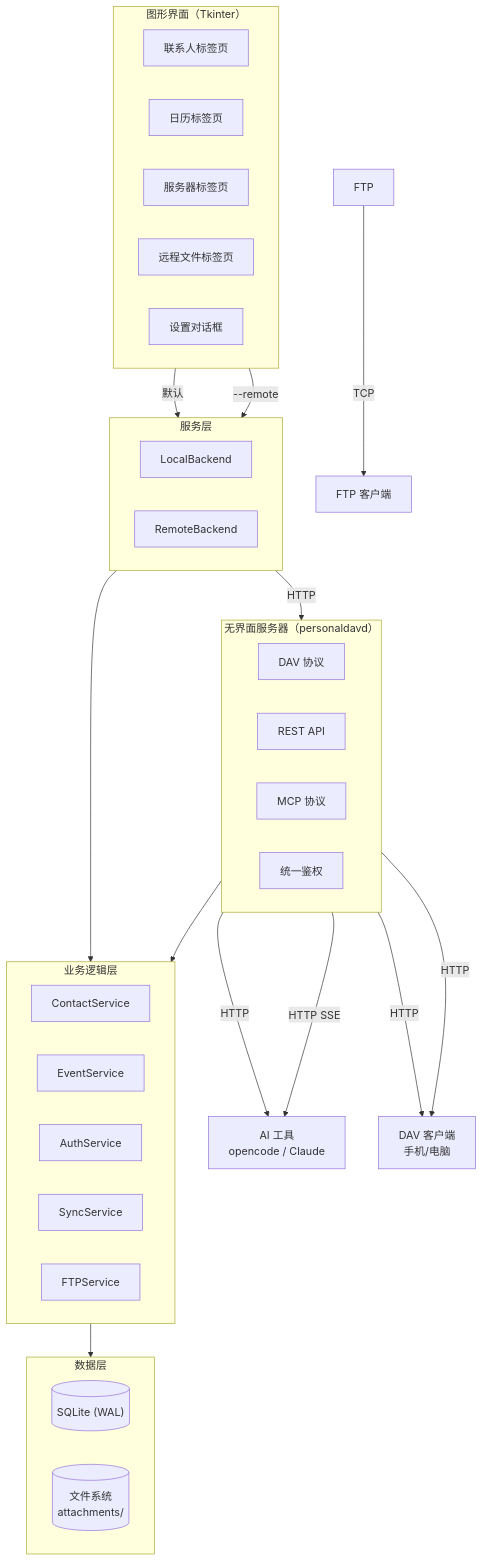
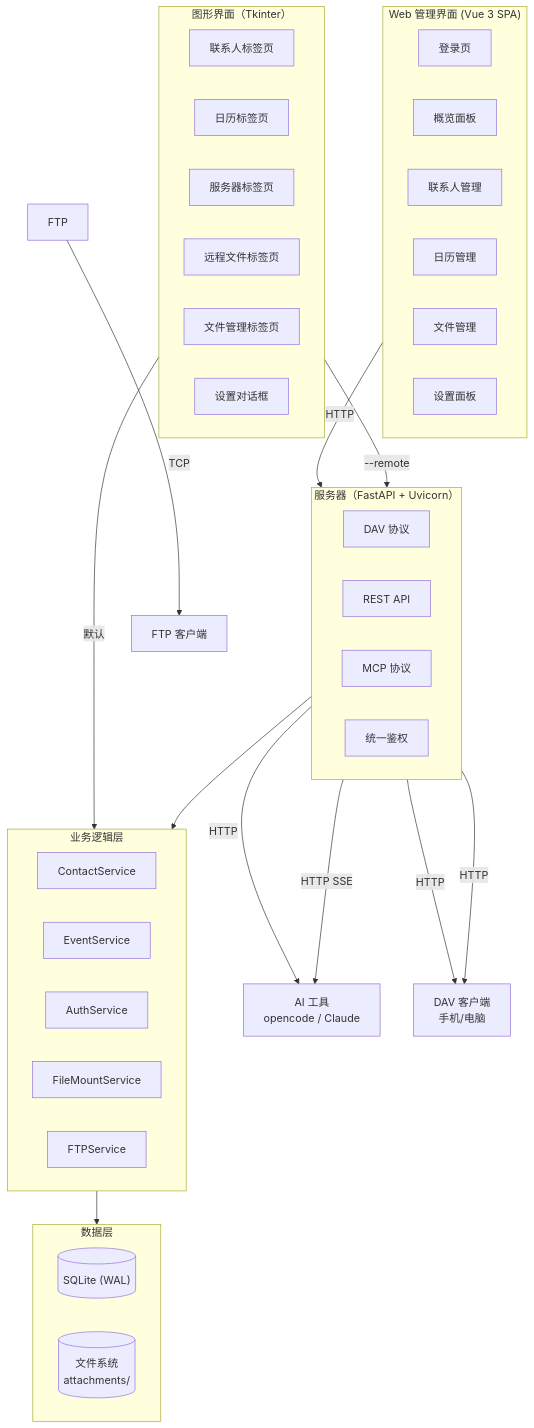
One commit to hunyanjie/PersonalDAV changed the diagram in README.md. Above: the diagram before and after it, drawn with Mermaid. The commit also changed other lines of this file and 3 other files, not shown here.

````diff
--- a/README.md
+++ b/README.md
@@ -263,51 +279,55 @@
 ```mermaid
 graph TB
+    subgraph WebUI["Web 管理界面 (Vue 3 SPA)"]
+        direction LR
+        WLogin["登录页"]
+        WDash["概览面板"]
+        WContacts["联系人管理"]
+        WCal["日历管理"]
+        WFiles["文件管理"]
+        WSettings["设置面板"]
+    end
+
     subgraph GUI["图形界面（Tkinter）"]
         direction LR
         Contacts["联系人标签页"]
         Calendar["日历标签页"]
         Server["服务器标签页"]
         Remote["远程文件标签页"]
+        Files["文件管理标签页"]
         Settings["设置对话框"]
     end
 
-    subgraph Daemon["无界面服务器（personaldavd）"]
+    subgraph Daemon["服务器（FastAPI + Uvicorn）"]
         direction LR
         DAV["DAV 协议"]
         REST["REST API"]
         MCP["MCP 协议"]
         AUTH["统一鉴权"]
     end
 
-    subgraph Backend["服务层"]
-        direction LR
-        LB["LocalBackend"]
-        RB["RemoteBackend"]
-    end
-
     subgraph Service["业务逻辑层"]
         direction LR
         ContactSvc["ContactService"]
         EventSvc["EventService"]
         AuthSvc["AuthService"]
-        SyncSvc["SyncService"]
+        MountSvc["FileMountService"]
         FTPSvc["FTPService"]
     end
 
     subgraph Data["数据层"]
         DB[("SQLite (WAL)")]
         FS[("文件系统<br/>attachments/")]
     end
 
-    GUI -->|默认| LB
-    GUI -->|--remote| RB
-    LB --> Service
-    RB -->|HTTP| REST
+    WebUI -->|HTTP| REST
+    GUI -->|默认| Service
+    GUI -->|--remote| REST
     Daemon --> Service
     Service --> Data
     REST -->|HTTP| AI["AI 工具<br/>opencode / Claude"]
     REST -->|HTTP| Client["DAV 客户端<br/>手机/电脑"]
     DAV -->|HTTP| Client
     MCP -->|HTTP SSE| AI
     FTP -->|TCP| FTPClient["FTP 客户端"]
 ```
````
